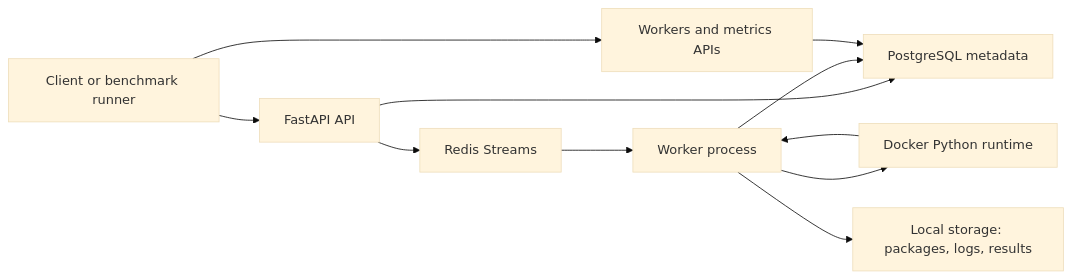
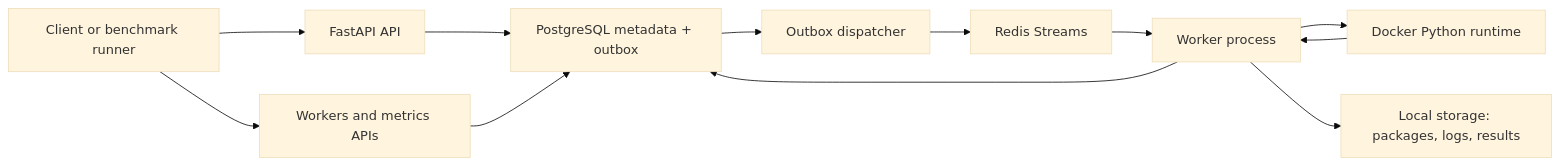
Before and after one commit to KiriSchrieffer/serverless-cloud-platform: the diagram in README.md, drawn with Mermaid (base theme). The commit also changed other lines of this file and 3 other files, not shown here.

Commit message:
docs: document reliability architecture and roadmap

````diff
--- a/README.md
+++ b/README.md
@@ -23,13 +26,14 @@
 ```mermaid
 flowchart LR
     Client["Client or benchmark runner"] --> API["FastAPI API"]
-    API --> DB["PostgreSQL metadata"]
-    API --> Queue["Redis Streams"]
+    API --> DB["PostgreSQL metadata + outbox"]
+    DB --> Dispatcher["Outbox dispatcher"]
+    Dispatcher --> Queue["Redis Streams"]
     Queue --> Worker["Worker process"]
     Worker --> Runtime["Docker Python runtime"]
     Runtime --> Worker
     Worker --> DB
     Worker --> Storage["Local storage: packages, logs, results"]
     Client --> Metrics["Workers and metrics APIs"]
     Metrics --> DB
 ```
````
